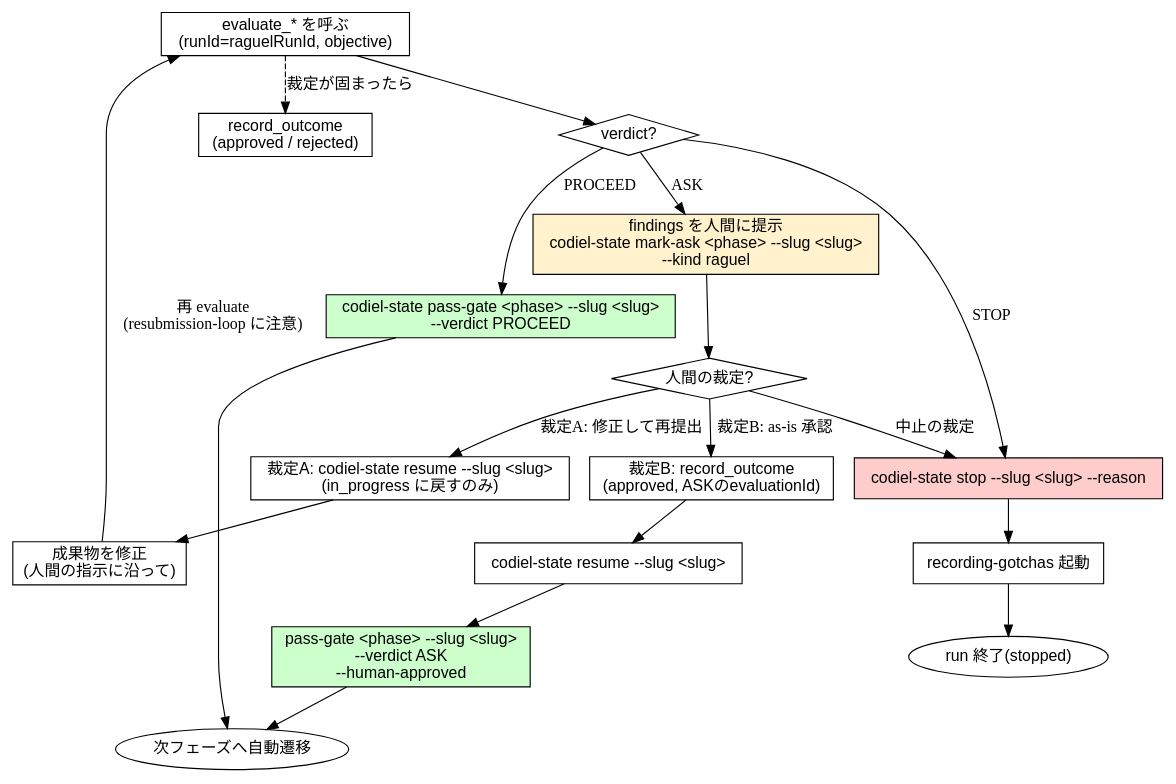
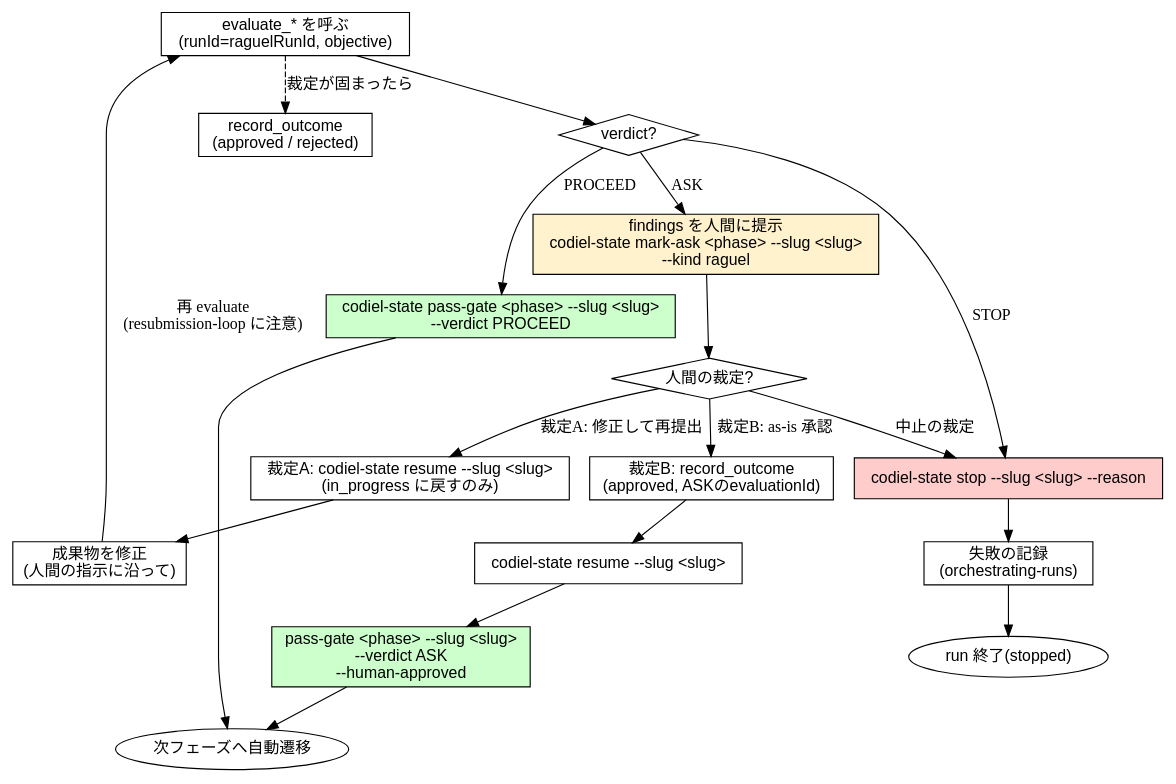
Before and after one commit to Amatsuka-kobo/amatsuka-claude-plugins: diagram 13 of 15 in plugins/codiel/docs/skill-flowcharts.md, drawn with Graphviz. The commit also changed other lines of this file and 13 other files, not shown here.

Commit message:
feat(codiel): codiel-test-designer と recording-gotchas を廃止し、画像の手順と CLAUDE.example を最新化する

````diff
--- a/plugins/codiel/docs/skill-flowcharts.md
+++ b/plugins/codiel/docs/skill-flowcharts.md
@@ -550,50 +522,50 @@
 ```dot
 digraph raguel_gate {
   rankdir=TB;
   node [fontname="sans-serif"];
 
   evaluate [label="evaluate_* を呼ぶ\n(runId=raguelRunId, objective)", shape=box];
   verdict [label="verdict?", shape=diamond];
 
   proceed [label="codiel-state pass-gate <phase> --slug <slug>\n--verdict PROCEED", shape=box, style=filled, fillcolor="#ccffcc"];
   next [label="次フェーズへ自動遷移", shape=ellipse];
 
   ask [label="findings を人間に提示\ncodiel-state mark-ask <phase> --slug <slug>\n--kind raguel", shape=box, style=filled, fillcolor="#fff2cc"];
   human [label="人間の裁定?", shape=diamond];
 
   resume_a [label="裁定A: codiel-state resume --slug <slug>\n(in_progress に戻すのみ)", shape=box];
   refix [label="成果物を修正\n(人間の指示に沿って)", shape=box];
   record_a [label="record_outcome\n(approved / rejected)", shape=box];
 
   record_ha [label="裁定B: record_outcome\n(approved, ASKのevaluationId)", shape=box];
   resume_b [label="codiel-state resume --slug <slug>", shape=box];
   pass_gate_ha [label="pass-gate <phase> --slug <slug>\n--verdict ASK\n--human-approved", shape=box, style=filled, fillcolor="#ccffcc"];
 
   stop_run [label="codiel-state stop --slug <slug> --reason", shape=box, style=filled, fillcolor="#ffcccc"];
-  gotchas [label="recording-gotchas 起動", shape=box];
+  gotchas [label="失敗の記録\n(orchestrating-runs)", shape=box];
   stopped [label="run 終了(stopped)", shape=ellipse];
 
   evaluate -> verdict;
   verdict -> proceed [label="PROCEED"];
   verdict -> ask [label="ASK"];
   verdict -> stop_run [label="STOP"];
 
   proceed -> next;
 
   ask -> human;
   human -> resume_a [label="裁定A: 修正して再提出"];
   human -> record_ha [label="裁定B: as-is 承認"];
   human -> stop_run [label="中止の裁定"];
 
   resume_a -> refix;
   refix -> evaluate [label="再 evaluate\n(resubmission-loop に注意)"];
   evaluate -> record_a [style=dashed, label="裁定が固まったら"];
 
   record_ha -> resume_b;
   resume_b -> pass_gate_ha;
   pass_gate_ha -> next;
 
   stop_run -> gotchas;
   gotchas -> stopped;
 }
 ```
````
